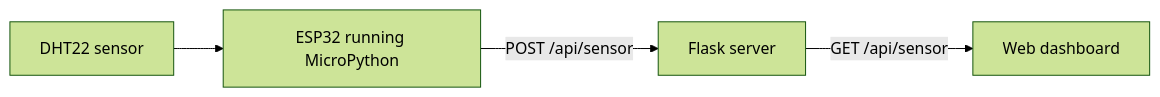
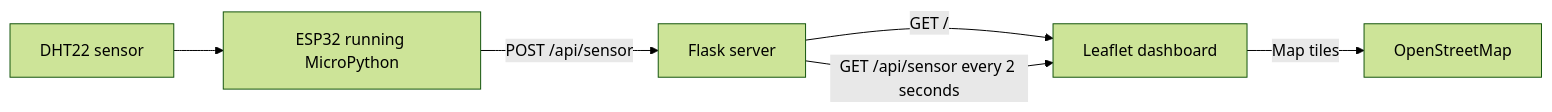
One commit to KitCJX/MicroBreathe changed the diagram in README.md. Above: the diagram before and after it, drawn with Mermaid (forest theme). The commit also changed other lines of this file and 3 other files, not shown here.

First line of the commit message:
Enhance sensor data handling and improve dashboard UI

````diff
--- a/README.md
+++ b/README.md
@@ -8,6 +11,8 @@
 ```mermaid
 flowchart LR
     DHT22[DHT22 sensor] --> ESP32[ESP32 running MicroPython]
     ESP32 -- POST /api/sensor --> Flask[Flask server]
-    Flask -- GET /api/sensor --> Browser[Web dashboard]
+    Flask -- GET / --> Browser[Leaflet dashboard]
+    Flask -- GET /api/sensor every 2 seconds --> Browser
+    Browser -- Map tiles --> OSM[OpenStreetMap]
 ```
````
